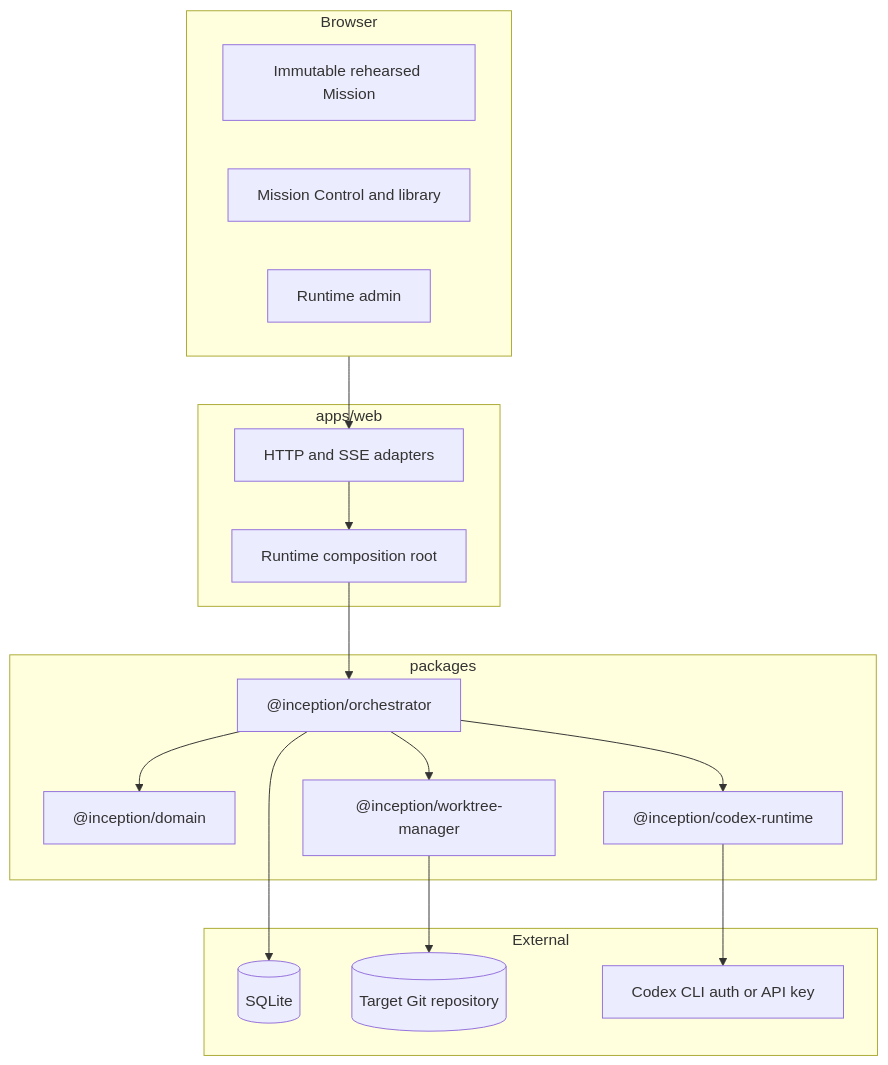
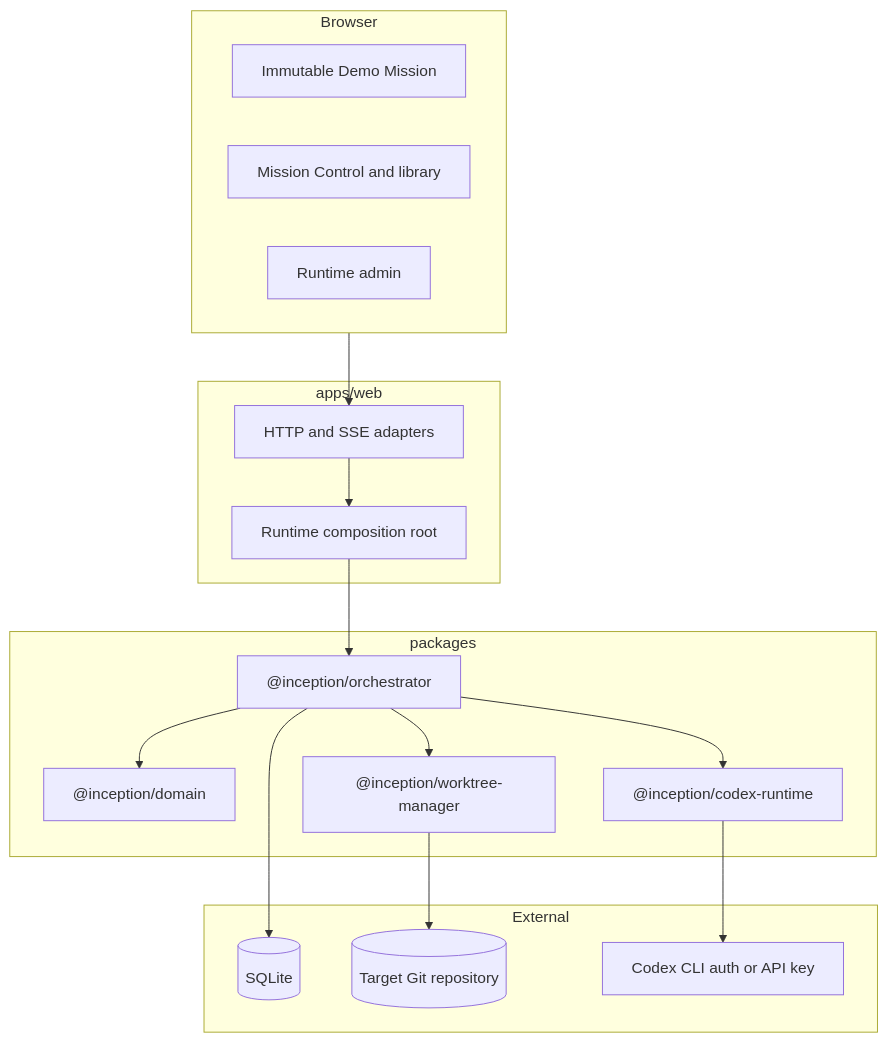
One commit to alangunning/inception-reality-engine changed the second of 3 diagrams in docs/ARCHITECTURE.md. Above: the diagram before and after it, drawn with Mermaid. The commit also changed other lines of this file and 18 other files, not shown here.

Commit message:
refactor: rename rehearsed flow to Demo Mission

````diff
--- a/docs/ARCHITECTURE.md
+++ b/docs/ARCHITECTURE.md
@@ -32,29 +32,29 @@
 ```mermaid
 flowchart TB
   subgraph Browser
-    Canonical[Immutable rehearsed Mission]
+    Canonical[Immutable Demo Mission]
     Composer[Mission Control and library]
     Admin[Runtime admin]
   end
   subgraph apps/web
     Routes[HTTP and SSE adapters]
     Wiring[Runtime composition root]
   end
   subgraph packages
     Domain["@inception/domain"]
     Orchestrator["@inception/orchestrator"]
     Codex["@inception/codex-runtime"]
     Git["@inception/worktree-manager"]
   end
   subgraph External
     SQLite[(SQLite)]
     Repo[(Target Git repository)]
     OpenAI[Codex CLI auth or API key]
   end
   Browser --> Routes --> Wiring
   Wiring --> Orchestrator
   Orchestrator --> Domain
   Orchestrator --> Codex --> OpenAI
   Orchestrator --> Git --> Repo
   Orchestrator --> SQLite
 ```
````
